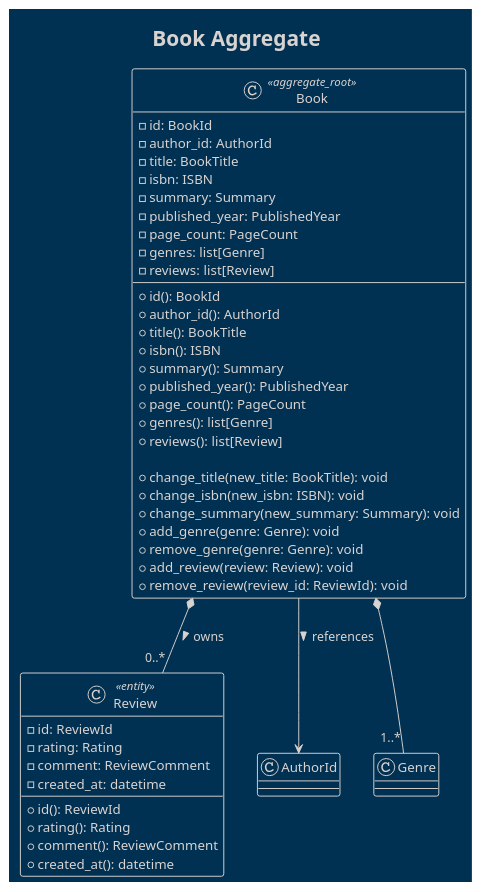
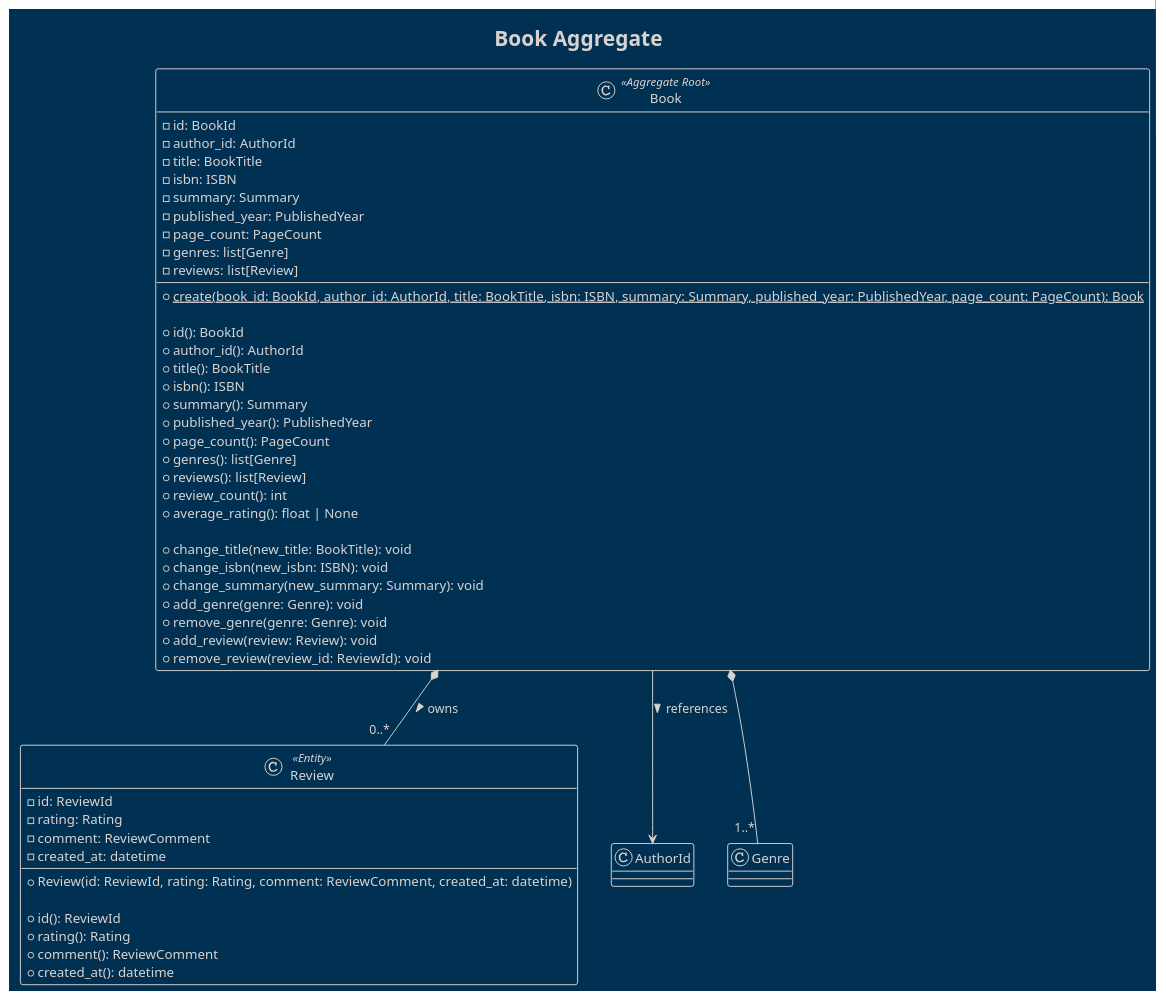
One commit to AymanKastali/bookshelf changed the diagram in docs/book.puml. Above: the diagram before and after it, drawn with PlantUML. The commit also changed 27 other files, not shown here.

```diff
--- a/docs/book.puml
+++ b/docs/book.puml
@@ -1,52 +1,58 @@
 @startuml book
 !theme blueprint
 
 title Book Aggregate
 
-class Book <<aggregate_root>> {
+class Book <<Aggregate Root>> {
     -id: BookId
     -author_id: AuthorId
     -title: BookTitle
     -isbn: ISBN
     -summary: Summary
     -published_year: PublishedYear
     -page_count: PageCount
     -genres: list[Genre]
     -reviews: list[Review]
 
+    +{static} create(book_id: BookId, author_id: AuthorId, title: BookTitle, isbn: ISBN, summary: Summary, published_year: PublishedYear, page_count: PageCount): Book
+
     +id(): BookId
     +author_id(): AuthorId
     +title(): BookTitle
     +isbn(): ISBN
     +summary(): Summary
     +published_year(): PublishedYear
     +page_count(): PageCount
     +genres(): list[Genre]
     +reviews(): list[Review]
+    +review_count(): int
+    +average_rating(): float | None
 
     +change_title(new_title: BookTitle): void
     +change_isbn(new_isbn: ISBN): void
     +change_summary(new_summary: Summary): void
     +add_genre(genre: Genre): void
     +remove_genre(genre: Genre): void
     +add_review(review: Review): void
     +remove_review(review_id: ReviewId): void
 }
 
-class Review <<entity>> {
+class Review <<Entity>> {
     -id: ReviewId
     -rating: Rating
     -comment: ReviewComment
     -created_at: datetime
+
+    +Review(id: ReviewId, rating: Rating, comment: ReviewComment, created_at: datetime)
 
     +id(): ReviewId
     +rating(): Rating
     +comment(): ReviewComment
     +created_at(): datetime
 }
 
 Book *-- "0..*" Review : owns >
 Book --> AuthorId : references >
 Book *-- "1..*" Genre
 
 @enduml
```
